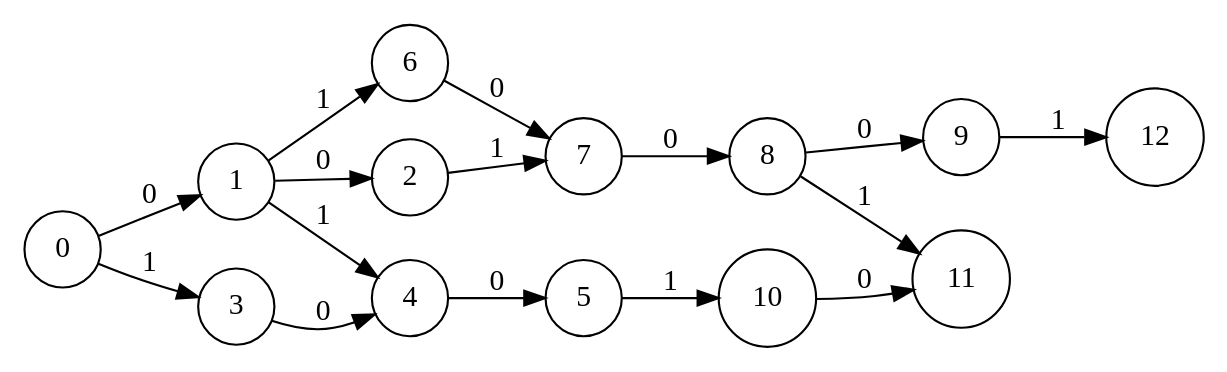
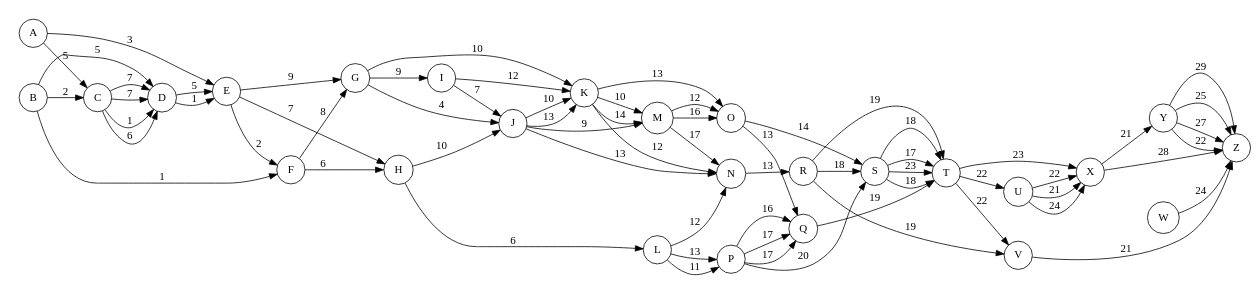
Before and after one commit to MRVNY/MOGPL: the diagram in fsm.gv, drawn with Graphviz. The commit also changed 2 other files, not shown here.

```diff
--- a/fsm.gv
+++ b/fsm.gv
@@ -1,19 +1,70 @@
 digraph "G'" {
 	rankdir=LR size="8,5"
 	node [shape=circle]
-	0 -> 1 [label=0]
-	1 -> 2 [label=0]
-	3 -> 4 [label=0]
-	4 -> 5 [label=0]
-	6 -> 7 [label=0]
-	7 -> 8 [label=0]
-	8 -> 9 [label=0]
-	10 -> 11 [label=0]
-	0 -> 3 [label=1]
-	1 -> 4 [label=1]
-	1 -> 6 [label=1]
-	2 -> 7 [label=1]
-	5 -> 10 [label=1]
-	8 -> 11 [label=1]
-	9 -> 12 [label=1]
+	A -> E [label=3]
+	A -> C [label=5]
+	B -> C [label=2]
+	B -> F [label=1]
+	B -> D [label=5]
+	C -> D [label=1]
+	C -> D [label=6]
+	C -> D [label=7]
+	C -> D [label=7]
+	D -> E [label=1]
+	D -> E [label=5]
+	E -> G [label=9]
+	E -> F [label=2]
+	E -> H [label=7]
+	F -> H [label=6]
+	F -> G [label=8]
+	G -> J [label=4]
+	G -> K [label=10]
+	G -> I [label=9]
+	H -> J [label=10]
+	H -> L [label=6]
+	I -> J [label=7]
+	I -> K [label=12]
+	J -> K [label=13]
+	J -> K [label=10]
+	J -> M [label=9]
+	J -> N [label=13]
+	K -> M [label=14]
+	K -> N [label=12]
+	K -> O [label=13]
+	K -> M [label=10]
+	L -> N [label=12]
+	L -> P [label=13]
+	L -> P [label=11]
+	M -> N [label=17]
+	M -> O [label=16]
+	M -> O [label=12]
+	N -> R [label=13]
+	O -> S [label=14]
+	O -> Q [label=13]
+	P -> Q [label=16]
+	P -> S [label=20]
+	P -> Q [label=17]
+	P -> Q [label=17]
+	Q -> T [label=19]
+	R -> S [label=18]
+	R -> T [label=19]
+	R -> V [label=19]
+	S -> T [label=23]
+	S -> T [label=18]
+	S -> T [label=18]
+	S -> T [label=17]
+	T -> V [label=22]
+	T -> U [label=22]
+	T -> X [label=23]
+	U -> X [label=21]
+	U -> X [label=24]
+	U -> X [label=22]
+	V -> Z [label=21]
+	W -> Z [label=24]
+	X -> Y [label=21]
+	X -> Z [label=28]
+	Y -> Z [label=22]
+	Y -> Z [label=29]
+	Y -> Z [label=25]
+	Y -> Z [label=27]
 }
```
